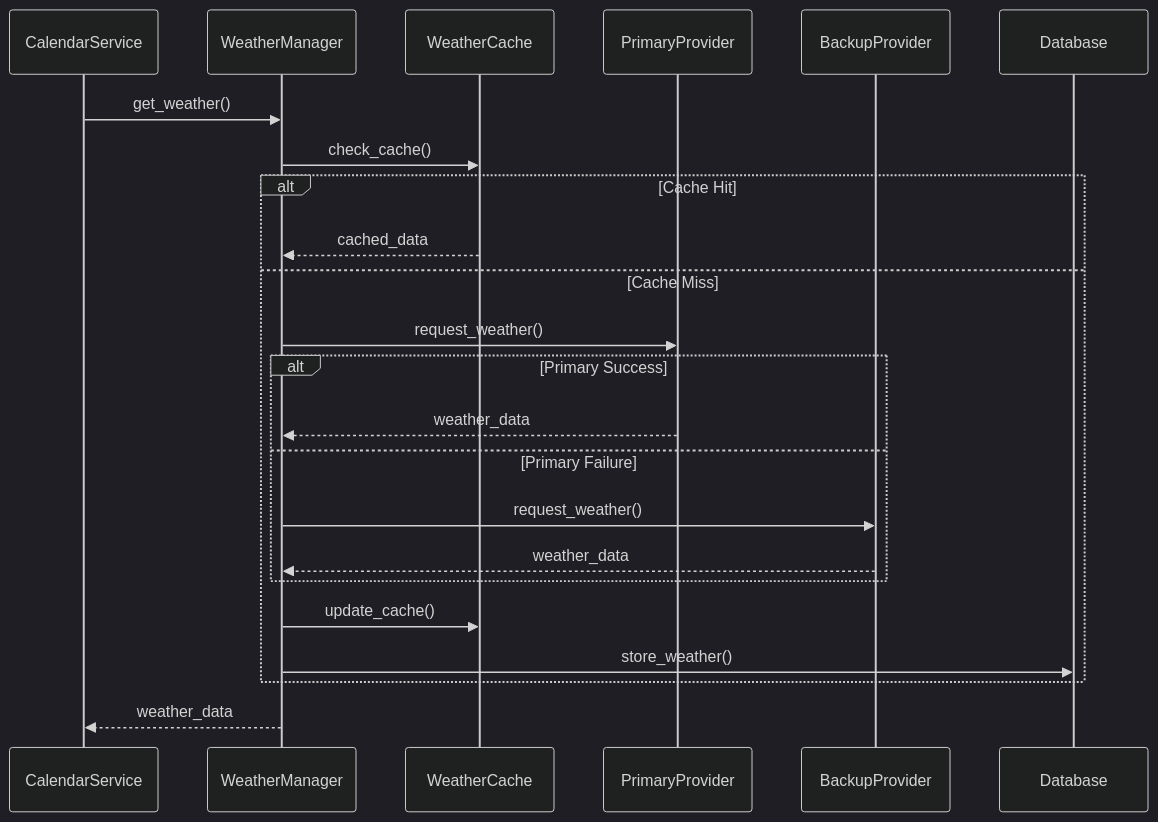
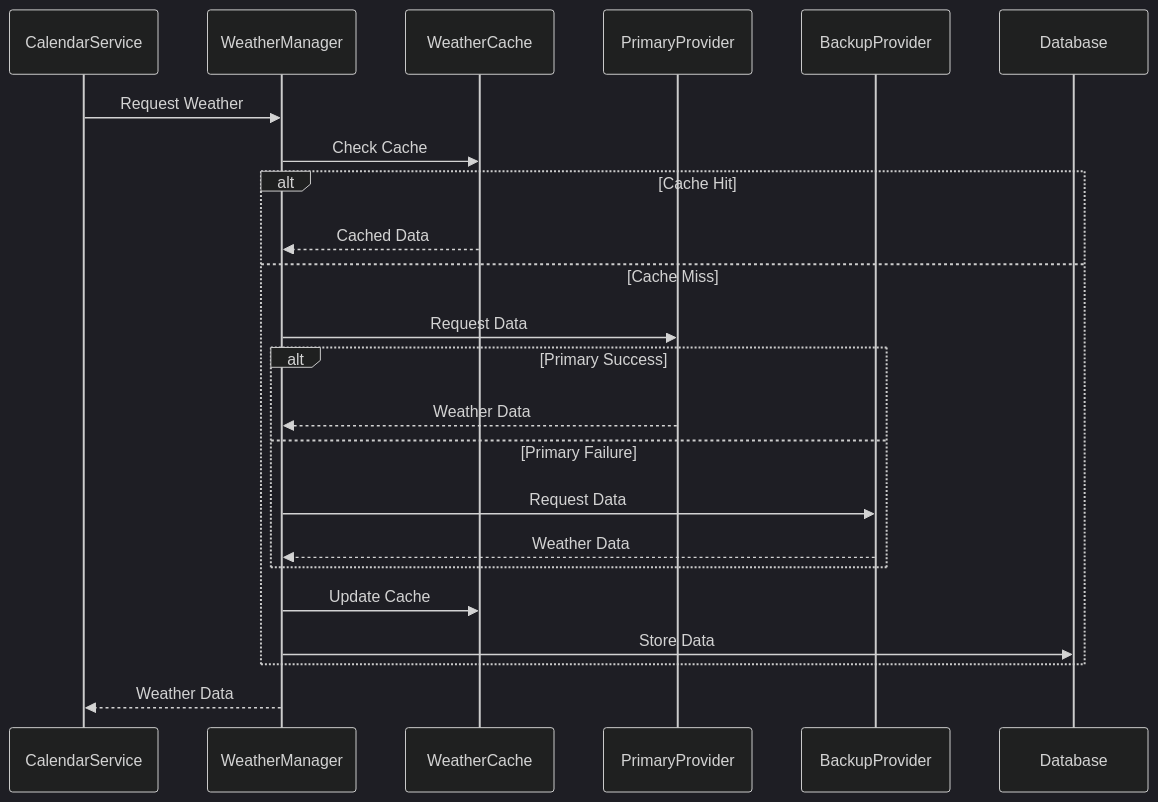
One commit to nasula/golfcal2 changed the second of 5 diagrams in docs/architecture/data-flow.md. Above: the diagram before and after it, drawn with Mermaid (dark theme). The commit also changed other lines of this file and 3 other files, not shown here.

````diff
--- a/docs/architecture/data-flow.md
+++ b/docs/architecture/data-flow.md
@@ -42,28 +53,26 @@
 ```mermaid
 sequenceDiagram
     participant CS as CalendarService
     participant WM as WeatherManager
     participant Cache as WeatherCache
     participant Primary as PrimaryProvider
     participant Backup as BackupProvider
     participant DB as Database
 
-    CS->>WM: get_weather()
-    
-    WM->>Cache: check_cache()
+    CS->>WM: Request Weather
+    WM->>Cache: Check Cache
     alt Cache Hit
-        Cache-->>WM: cached_data
+        Cache-->>WM: Cached Data
     else Cache Miss
-        WM->>Primary: request_weather()
+        WM->>Primary: Request Data
         alt Primary Success
-            Primary-->>WM: weather_data
+            Primary-->>WM: Weather Data
         else Primary Failure
-            WM->>Backup: request_weather()
-            Backup-->>WM: weather_data
+            WM->>Backup: Request Data
+            Backup-->>WM: Weather Data
         end
-        WM->>Cache: update_cache()
-        WM->>DB: store_weather()
+        WM->>Cache: Update Cache
+        WM->>DB: Store Data
     end
-    
-    WM-->>CS: weather_data
+    WM-->>CS: Weather Data
 ```
````
